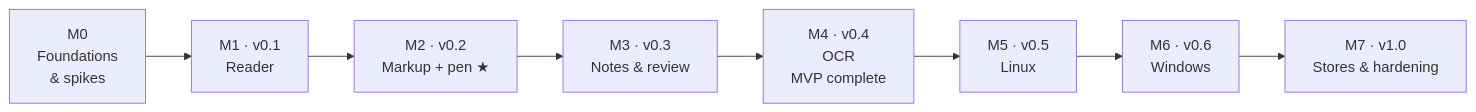
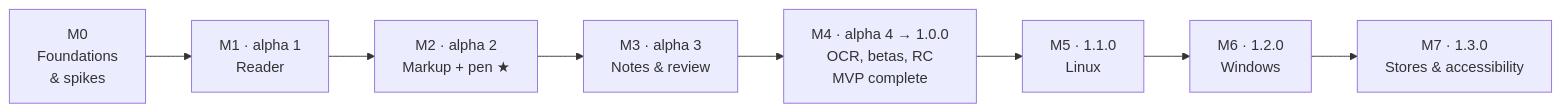
One commit to Frerol/doxa-pdf changed the diagram in docs/plan/08-roadmap.md. Above: the diagram before and after it, drawn with Mermaid. The commit also changed other lines of this file and 12 other files, not shown here.

````diff
--- a/docs/plan/08-roadmap.md
+++ b/docs/plan/08-roadmap.md
@@ -6,5 +8,5 @@
 ```mermaid
 flowchart LR
-  M0[M0<br/>Foundations<br/>& spikes] --> M1[M1 · v0.1<br/>Reader] --> M2[M2 · v0.2<br/>Markup + pen ★] --> M3[M3 · v0.3<br/>Notes & review] --> M4[M4 · v0.4<br/>OCR<br/>MVP complete]
-  M4 --> M5[M5 · v0.5<br/>Linux] --> M6[M6 · v0.6<br/>Windows] --> M7[M7 · v1.0<br/>Stores & hardening]
+  M0[M0<br/>Foundations<br/>& spikes] --> M1[M1 · alpha 1<br/>Reader] --> M2[M2 · alpha 2<br/>Markup + pen ★] --> M3[M3 · alpha 3<br/>Notes & review] --> M4[M4 · alpha 4 → 1.0.0<br/>OCR, betas, RC<br/>MVP complete]
+  M4 --> M5[M5 · 1.1.0<br/>Linux] --> M6[M6 · 1.2.0<br/>Windows] --> M7[M7 · 1.3.0<br/>Stores & accessibility]
 ```
````
